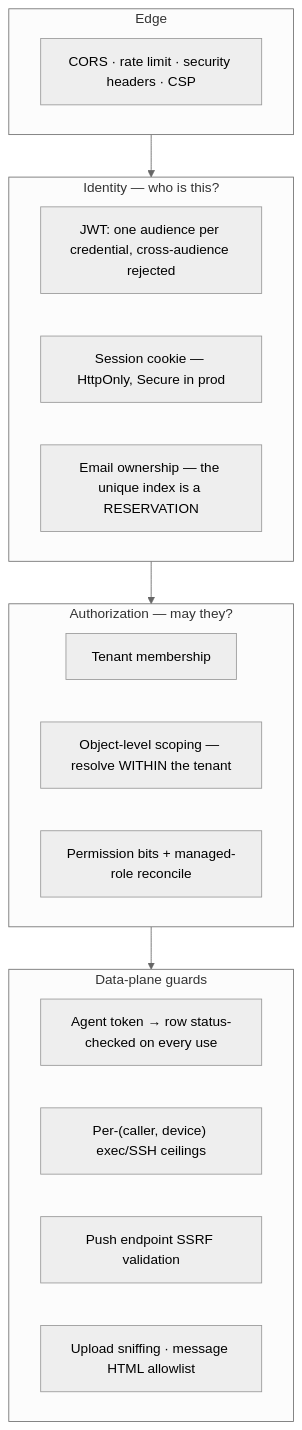
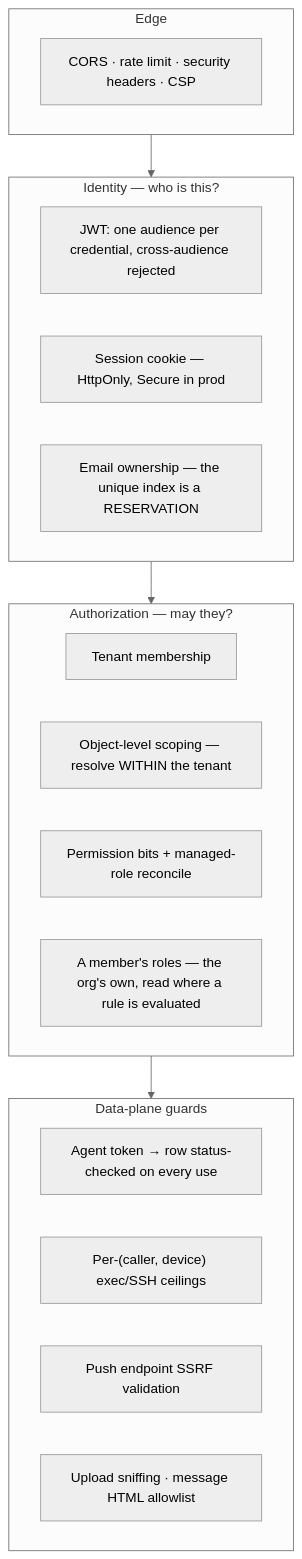
Before and after one commit to gjovanov/roomler-ai: the first of 3 diagrams in docs/security-baseline.md, drawn with Mermaid (neutral theme). The commit also changed other lines of this file and 28 other files, not shown here.

````diff
--- a/docs/security-baseline.md
+++ b/docs/security-baseline.md
@@ -14,23 +14,24 @@
 ```mermaid
 flowchart TB
     subgraph edge["Edge"]
         CORS["CORS · rate limit · security headers · CSP"]
     end
     subgraph ident["Identity — who is this?"]
         JWT["JWT: one audience per credential, cross-audience rejected"]
         COOK["Session cookie — HttpOnly, Secure in prod"]
         EMAIL["Email ownership — the unique index is a RESERVATION"]
     end
     subgraph authz["Authorization — may they?"]
         MEMB["Tenant membership"]
         OBJ["Object-level scoping — resolve WITHIN the tenant"]
         PERM["Permission bits + managed-role reconcile"]
+        ROLES["A member's roles — the org's own, read where a rule is evaluated"]
     end
     subgraph plane["Data-plane guards"]
         AGENT["Agent token → row status-checked on every use"]
         CEIL["Per-(caller, device) exec/SSH ceilings"]
         SSRF["Push endpoint SSRF validation"]
         CONTENT["Upload sniffing · message HTML allowlist"]
     end
     edge --> ident --> authz --> plane
 ```
````
